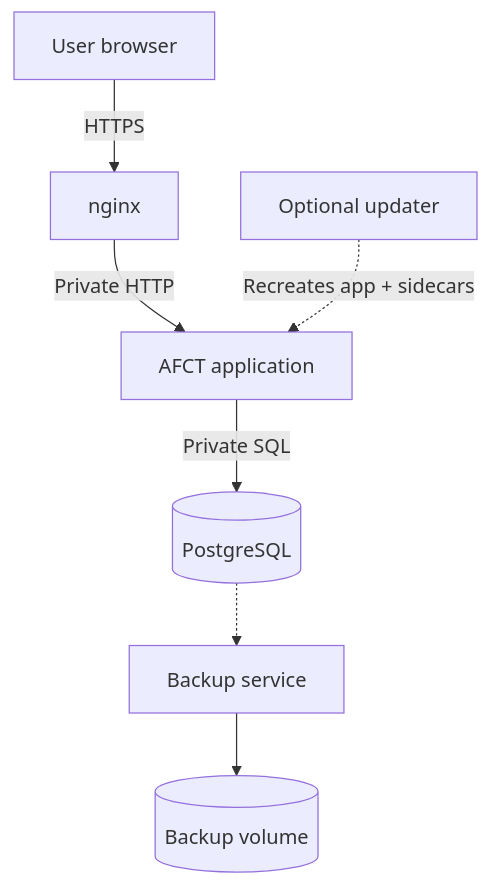
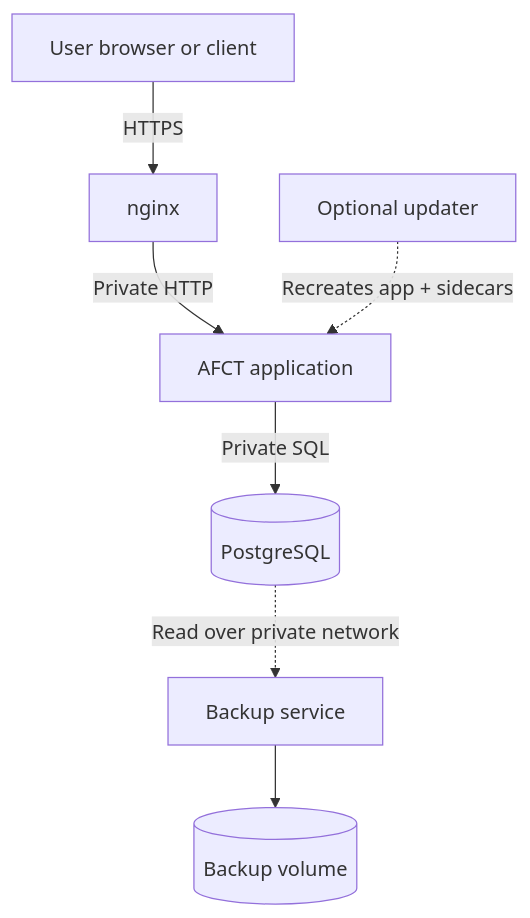
The second of 8 diagrams in docs-site/docs/reference/system-architecture.md (PennStateCS/AFCT), drawn with Mermaid before and after one commit. The commit also changed other lines of this file and 3 other files, not shown here.

First line of the commit message:
docs: highlight bash blocks, nest guides under a Guides category, expand architecture with layered diagrams

````diff
--- a/docs-site/docs/reference/system-architecture.md
+++ b/docs-site/docs/reference/system-architecture.md
@@ -5,9 +56,9 @@
 ```mermaid
 graph TD
-    User[User browser] -->|HTTPS| Nginx[nginx]
+    User[User browser or client] -->|HTTPS| Nginx[nginx]
     Nginx -->|Private HTTP| App[AFCT application]
     App -->|Private SQL| DB[(PostgreSQL)]
-    DB -.-> Backup[Backup service]
+    DB -.->|Read over private network| Backup[Backup service]
     Backup --> Archives[(Backup volume)]
     Updater[Optional updater] -.->|Recreates app + sidecars| App
 ```
````
